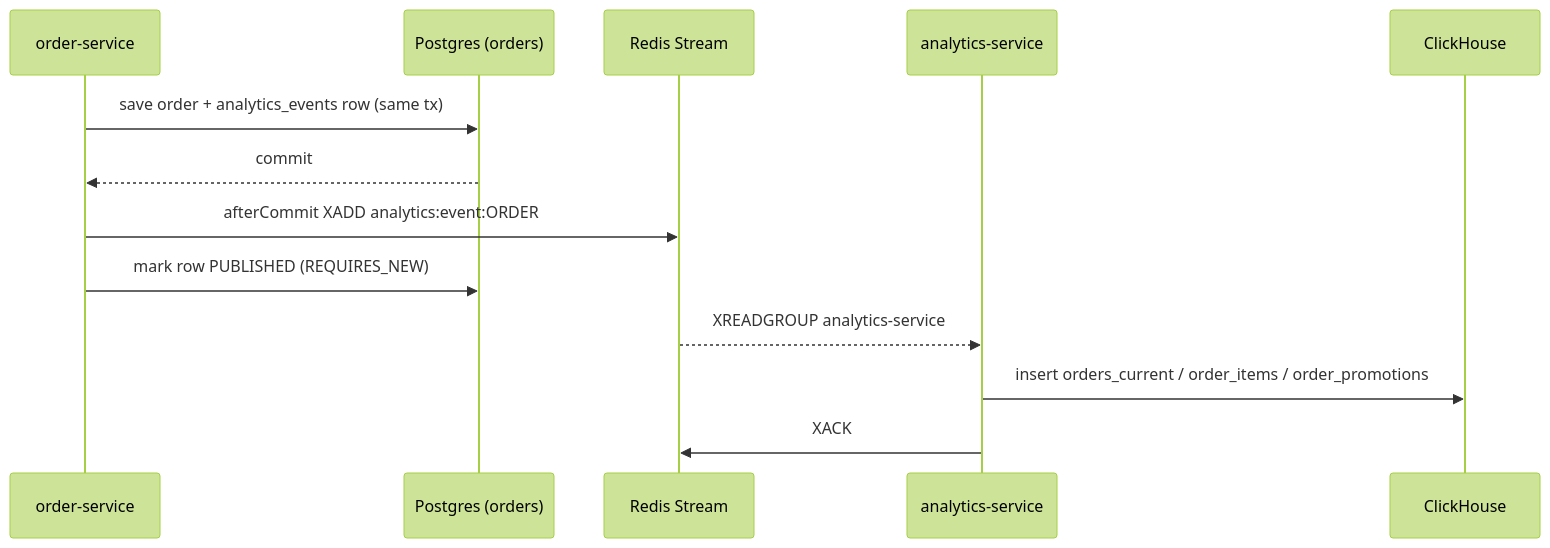
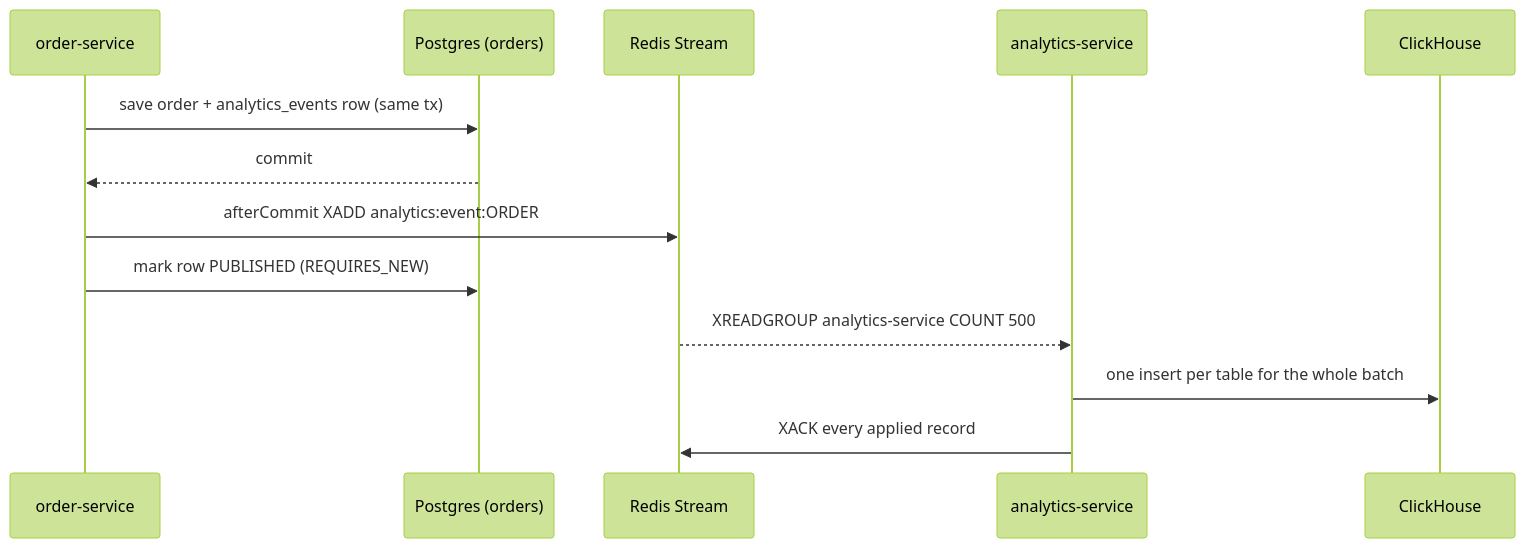
Before and after one commit to 7sferry/qlaundry: the seventh of 7 diagrams in ARCHITECTURE.md, drawn with Mermaid (forest theme). The commit also changed other lines of this file and 23 other files, not shown here.

Commit message:
feat(analytics): batch analytic

````diff
--- a/ARCHITECTURE.md
+++ b/ARCHITECTURE.md
@@ -577,16 +577,16 @@
 ```mermaid
 sequenceDiagram
     participant OS as order-service
     participant PG as Postgres (orders)
     participant R as Redis Stream
     participant AS as analytics-service
     participant CH as ClickHouse
 
     OS->>PG: save order + analytics_events row (same tx)
     PG-->>OS: commit
     OS->>R: afterCommit XADD analytics:event:ORDER
     OS->>PG: mark row PUBLISHED (REQUIRES_NEW)
-    R-->>AS: XREADGROUP analytics-service
-    AS->>CH: insert orders_current / order_items / order_promotions
-    AS->>R: XACK
+    R-->>AS: XREADGROUP analytics-service COUNT 500
+    AS->>CH: one insert per table for the whole batch
+    AS->>R: XACK every applied record
 ```
````
